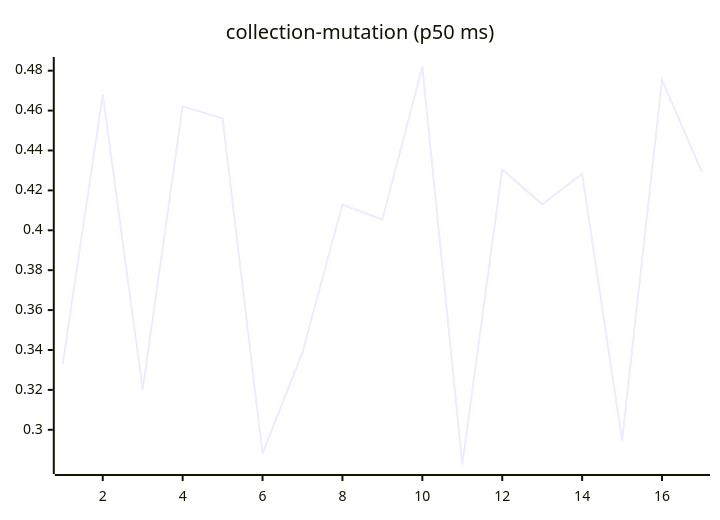
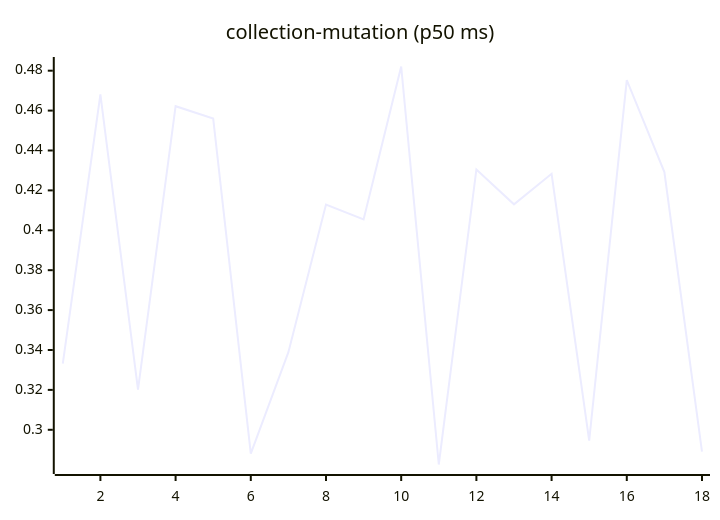
The sixth of 27 diagrams in README.md (josha/Facet), drawn with Mermaid before and after one commit. The commit also changed other lines of this file and 2 other files, not shown here.

````diff
--- a/README.md
+++ b/README.md
@@ -98,6 +98,6 @@
 ```mermaid
 xychart-beta
     title "collection-mutation (p50 ms)"
-    x-axis 1 --> 17
-    line [0.3332, 0.4681, 0.3201, 0.4622, 0.4560, 0.2881, 0.3389, 0.4129, 0.4054, 0.4821, 0.2826, 0.4305, 0.4130, 0.4283, 0.2946, 0.4753, 0.4292]
+    x-axis 1 --> 18
+    line [0.3332, 0.4681, 0.3201, 0.4622, 0.4560, 0.2881, 0.3389, 0.4129, 0.4054, 0.4821, 0.2826, 0.4305, 0.4130, 0.4283, 0.2946, 0.4753, 0.4292, 0.2890]
 ```
````
